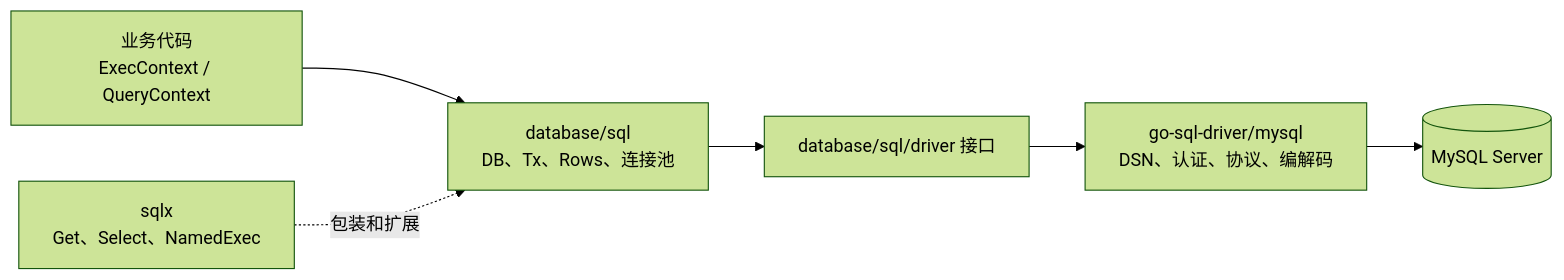
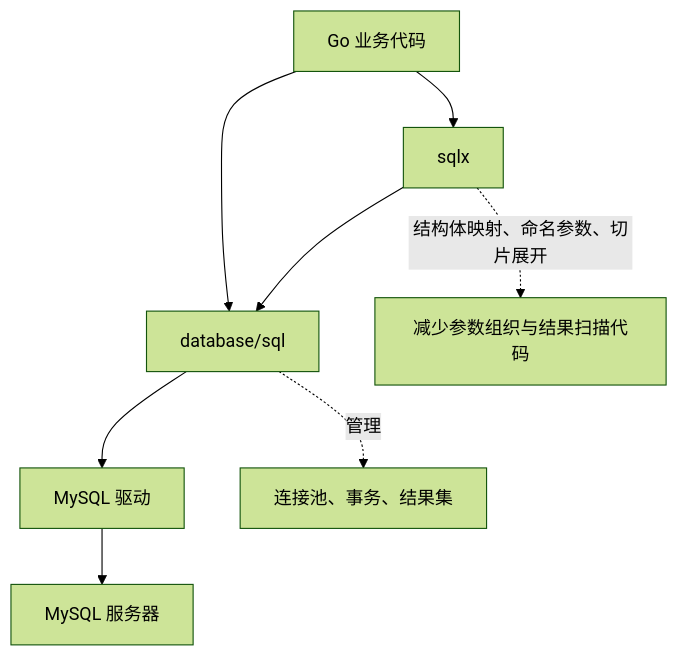
One commit to zzxrepository/gocode changed the second of 10 diagrams in src/backend/go/frameworks-and-ecosystem/02-data-access/01-sqlx.md. Above: the diagram before and after it, drawn with Mermaid (forest theme). The commit also changed other lines of this file and 1 other file, not shown here.

Commit message:
docs(go): 重写 MySQL 与 sqlx 教程并补充原理和封面

````diff
--- a/src/backend/go/frameworks-and-ecosystem/02-data-access/01-sqlx.md
+++ b/src/backend/go/frameworks-and-ecosystem/02-data-access/01-sqlx.md
@@ -1546,8 +69,11 @@
 ```mermaid
-flowchart LR
-    A[业务代码<br/>ExecContext / QueryContext] --> B[database/sql<br/>DB、Tx、Rows、连接池]
-    B --> C[database/sql/driver 接口]
-    C --> D[go-sql-driver/mysql<br/>DSN、认证、协议、编解码]
-    D --> E[(MySQL Server)]
-    F[sqlx<br/>Get、Select、NamedExec] -.包装和扩展.-> B
+flowchart TD
+    A["Go 业务代码"] --> B["sqlx"]
+    A --> C["database/sql"]
+    B --> C
+    C --> D["MySQL 驱动"]
+    D --> E["MySQL 服务器"]
+
+    B -. "结构体映射、命名参数、切片展开" .-> F["减少参数组织与结果扫描代码"]
+    C -. "管理" .-> G["连接池、事务、结果集"]
 ```
````
